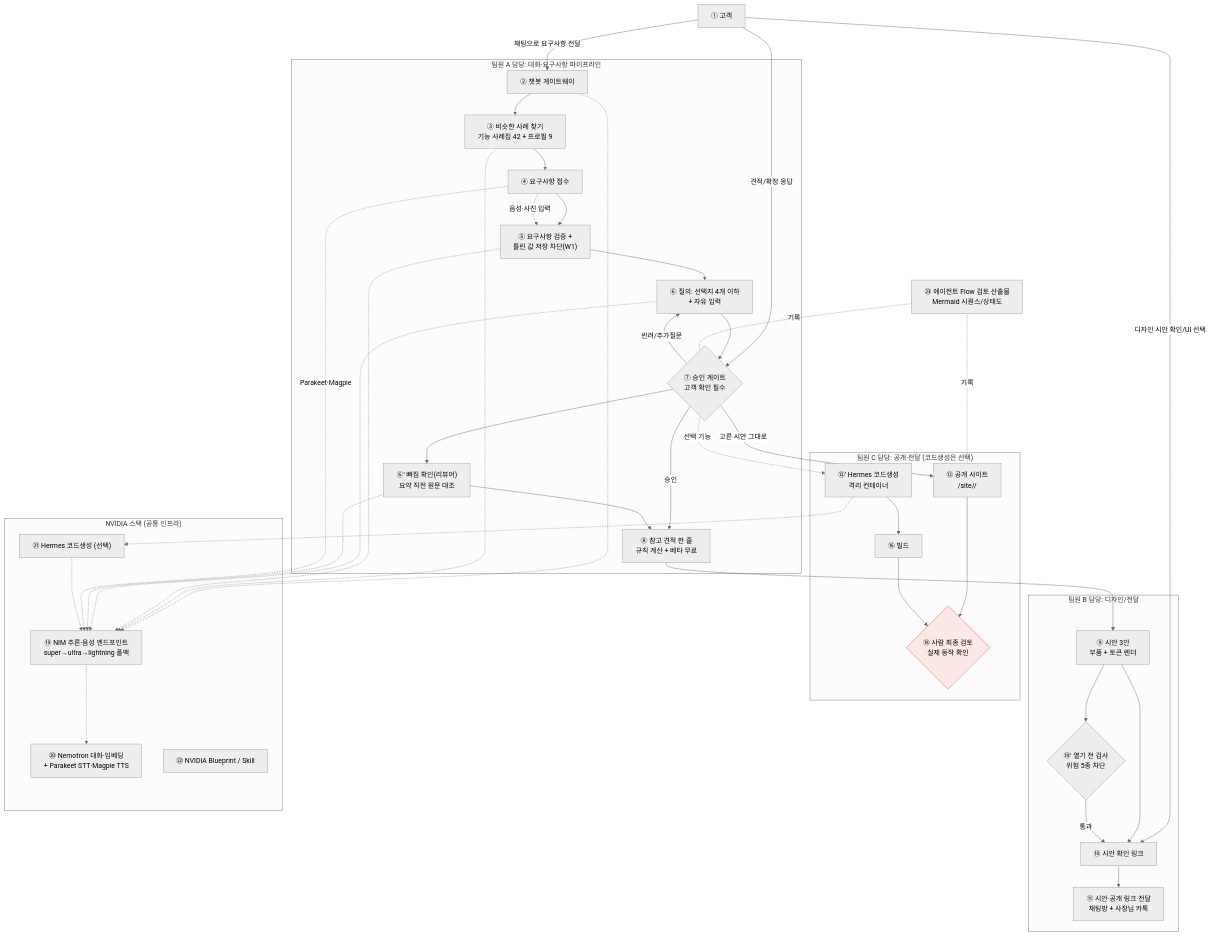
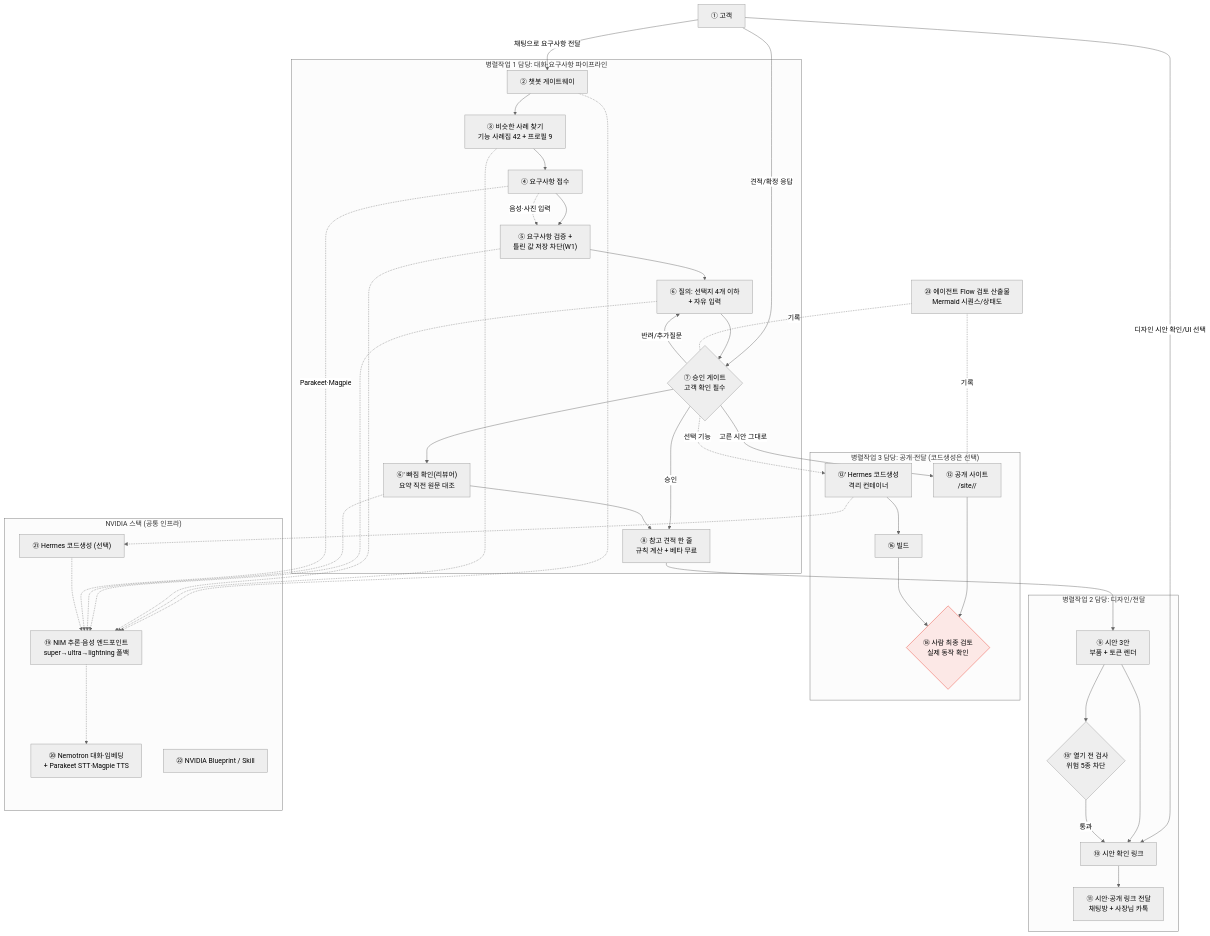
The first of 2 diagrams in docs/hackathon/ARCHITECTURE.md (kyungsikjeung/agt001), drawn with Mermaid (neutral theme) before and after one commit. The commit also changed other lines of this file and 76 other files, not shown here.

````diff
--- a/docs/hackathon/ARCHITECTURE.md
+++ b/docs/hackathon/ARCHITECTURE.md
@@ -59,58 +61,58 @@
 ```mermaid
 flowchart TB
     CUST["① 고객"] -->|채팅으로 요구사항 전달| CHAT["② 챗봇 게이트웨이"]
     CUST -->|디자인 시안 확인/UI 선택| UI_LINK["⑩ 시안 확인 링크"]
     CUST -->|견적/확정 응답| GATE
 
-    subgraph TEAM_A["팀원 A 담당: 대화·요구사항 파이프라인"]
+    subgraph PAR_1["병렬작업 1 담당: 대화·요구사항 파이프라인"]
         CHAT --> RAG["③ 비슷한 사례 찾기\n기능 사례집 42 + 프로필 9"]
         RAG --> INTAKE["④ 요구사항 접수"]
         INTAKE --> VALIDATE["⑤ 요구사항 검증 +\n틀린 값 저장 차단(W1)"]
         VALIDATE --> ASK["⑥ 질의: 선택지 4개 이하\n+ 자유 입력"]
         ASK --> GATE{"⑦ 승인 게이트\n고객 확인 필수"}
         GATE -->|반려/추가질문| ASK
         GATE -->|승인| QUOTE["⑧ 참고 견적 한 줄\n규칙 계산 + 베타 무료"]
         INTAKE -.음성·사진 입력.-> VALIDATE
         GATE --> REVIEWER["⑥' 빠짐 확인(리뷰어)\n요약 직전 원문 대조"]
         REVIEWER --> QUOTE
     end
 
-    subgraph TEAM_B["팀원 B 담당: 디자인/전달"]
+    subgraph PAR_2["병렬작업 2 담당: 디자인/전달"]
         QUOTE --> DESIGN["⑨ 시안 3안\n부품 + 토큰 렌더"]
         DESIGN --> UI_LINK
         UI_LINK --> DELIVER["⑪ 시안·공개 링크 전달\n채팅방 + 사장님 카톡"]
         DESIGN --> PUBCHECK{"⑩' 열기 전 검사\n위험 5종 차단"}
         PUBCHECK -->|통과| UI_LINK
     end
 
-    subgraph TEAM_C["팀원 C 담당: 공개·전달 (코드생성은 선택)"]
+    subgraph PAR_3["병렬작업 3 담당: 공개·전달 (코드생성은 선택)"]
         GATE -->|고른 시안 그대로| PUBLISH["⑫ 공개 사이트\n/site/<id>/"]
         PUBLISH --> REVIEW{"⑱ 사람 최종 검토\n실제 동작 확인"}
         GATE -.선택 기능.-> SPEC_GEN["⑫' Hermes 코드생성\n격리 컨테이너"]
         SPEC_GEN --> BUILD["⑯ 빌드"]
         BUILD --> REVIEW
     end
 
     subgraph NV["NVIDIA 스택 (공통 인프라)"]
         NIM["⑲ NIM 추론·음성 엔드포인트\nsuper→ultra→lightning 폴백"]
         NEMO["⑳ Nemotron 대화·임베딩\n+ Parakeet STT·Magpie TTS"]
         HERMES["㉑ Hermes 코드생성 (선택)"]
         BLUEPRINT["㉒ NVIDIA Blueprint / Skill"]
     end
 
     CHAT -.-> NIM
     RAG -.-> NIM
     VALIDATE -.-> NIM
     ASK -.-> NIM
     REVIEWER -.-> NIM
     INTAKE -.Parakeet·Magpie.-> NIM
     SPEC_GEN -.-> HERMES
     HERMES -.-> NIM
     NIM -.-> NEMO
 
     FLOWDOC["㉓ 에이전트 Flow 검토 산출물\nMermaid 시퀀스/상태도"] -.기록.- GATE
     FLOWDOC -.기록.- PUBLISH
 
     classDef review fill:#fce8e6,stroke:#ea4335
     class REVIEW review
 ```
````
